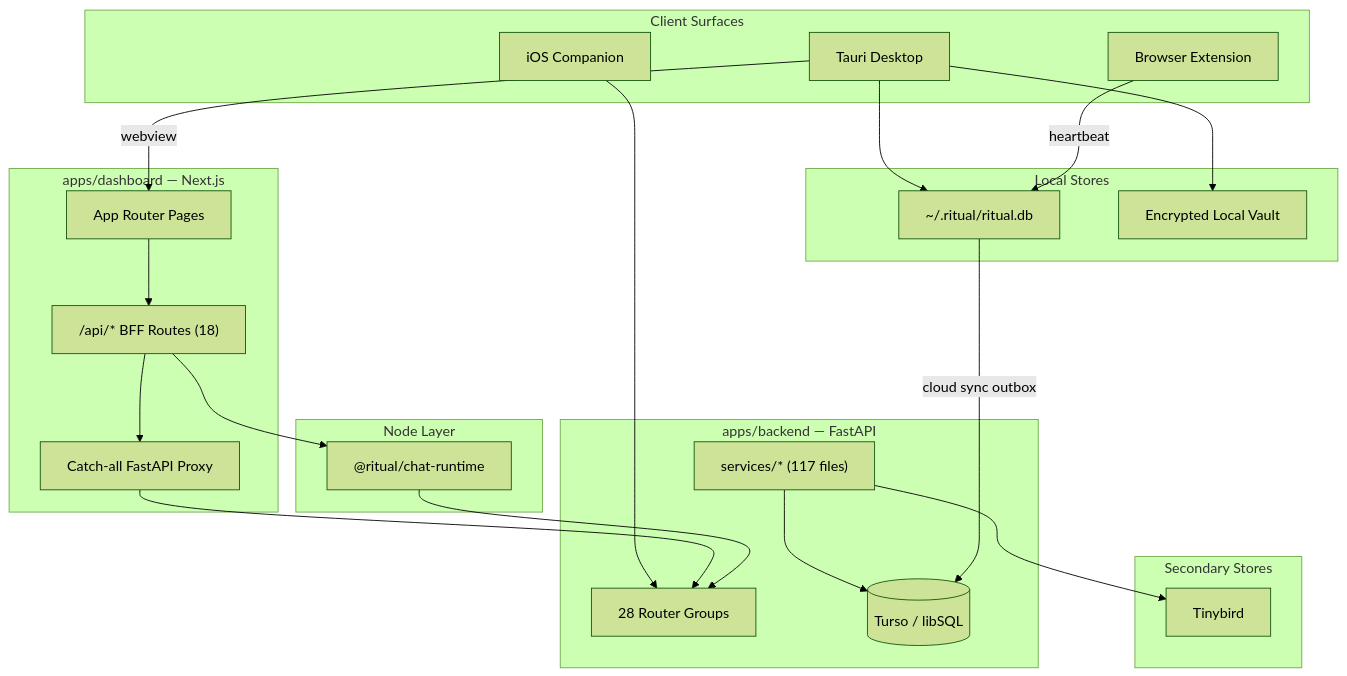
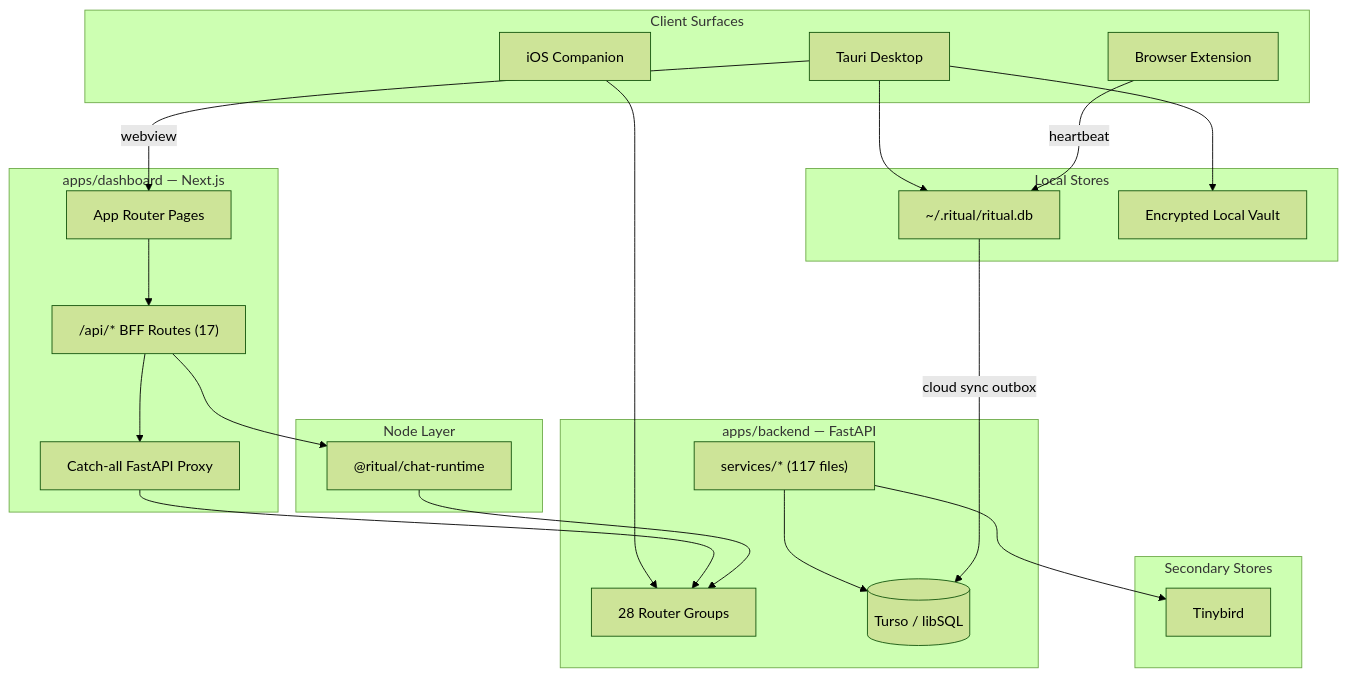
The diagram in docs/architecture/current-architecture.md (NickGardner0/ritual-desktop-main), drawn with Mermaid (forest theme) before and after one commit. The commit also changed other lines of this file and 16 other files, not shown here.

````diff
--- a/docs/architecture/current-architecture.md
+++ b/docs/architecture/current-architecture.md
@@ -116,47 +116,47 @@
 ```mermaid
 flowchart TB
   subgraph clients [Client Surfaces]
     Desktop[Tauri Desktop]
     iOS[iOS Companion]
     Ext[Browser Extension]
   end
 
   subgraph dashboard [apps/dashboard — Next.js]
     UI[App Router Pages]
-    BFF["/api/* BFF Routes (18)"]
+    BFF["/api/* BFF Routes (17)"]
     CatchAll["Catch-all FastAPI Proxy"]
   end
 
   subgraph node [Node Layer]
     ChatRT["@ritual/chat-runtime"]
   end
 
   subgraph backend [apps/backend — FastAPI]
     Routers[28 Router Groups]
     Services["services/* (117 files)"]
     DB[(Turso / libSQL)]
   end
 
   subgraph local [Local Stores]
     RitualDB["~/.ritual/ritual.db"]
     Vault[Encrypted Local Vault]
   end
 
   subgraph secondary [Secondary Stores]
     TB[Tinybird]
   end
 
   Desktop -->|webview| UI
   Desktop --> RitualDB
   Desktop --> Vault
   Ext -->|heartbeat| RitualDB
   iOS --> Routers
   UI --> BFF
   BFF --> CatchAll
   CatchAll --> Routers
   BFF --> ChatRT
   ChatRT --> Routers
   Services --> DB
   Services --> TB
   RitualDB -->|cloud sync outbox| DB
 ```
````
